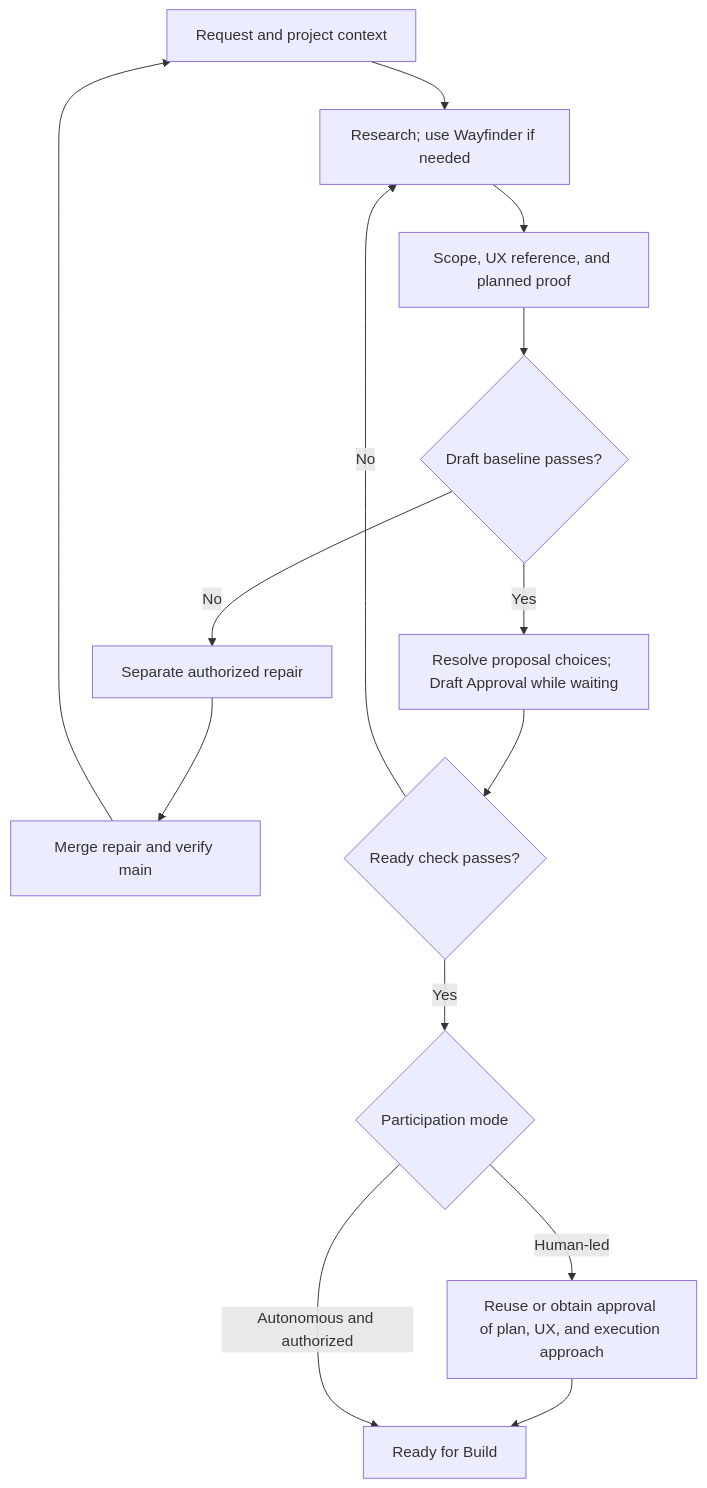
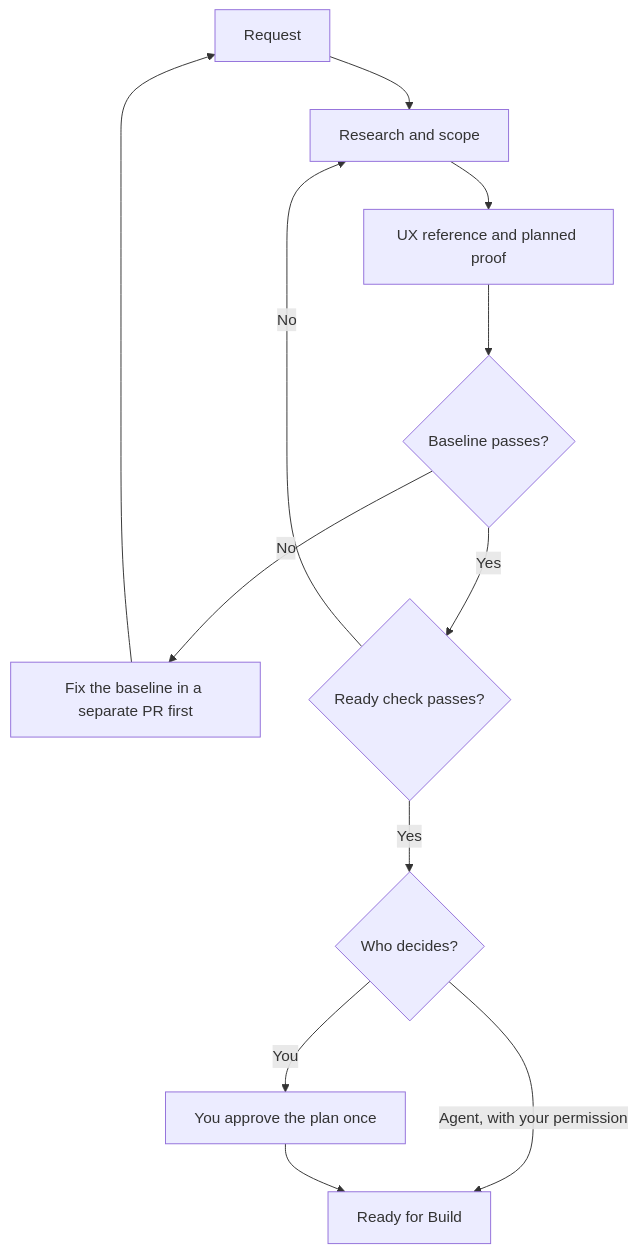
Before and after one commit to sgaabdu4/hard-eng: the third of 7 diagrams in README.md, drawn with Mermaid. The commit also changed other lines of this file and 35 other files, not shown here.

````diff
--- a/README.md
+++ b/README.md
@@ -79,16 +136,14 @@
 ```mermaid
 flowchart TD
-  A[Request and project context] --> B[Research; use Wayfinder if needed]
-  B --> C[Scope, UX reference, and planned proof]
-  C --> D{Draft baseline passes?}
-  D -->|No| R[Separate authorized repair]
-  R --> V[Merge repair and verify main]
-  V --> A
-  D -->|Yes| J[Resolve proposal choices; Draft Approval while waiting]
-  J --> E{Ready check passes?}
+  A[Request] --> B[Research and scope]
+  B --> C[UX reference and planned proof]
+  C --> D{Baseline passes?}
+  D -->|No| R[Fix the baseline in a separate PR first]
+  R --> A
+  D -->|Yes| E{Ready check passes?}
   E -->|No| B
-  E -->|Yes| F{Participation mode}
-  F -->|Human-led| G[Reuse or obtain approval of plan, UX, and execution approach]
-  G --> H[Ready for Build]
-  F -->|Autonomous and authorized| H
+  E -->|Yes| F{Who decides?}
+  F -->|You| G[You approve the plan once]
+  F -->|Agent, with your permission| H[Ready for Build]
+  G --> H
 ```
````
